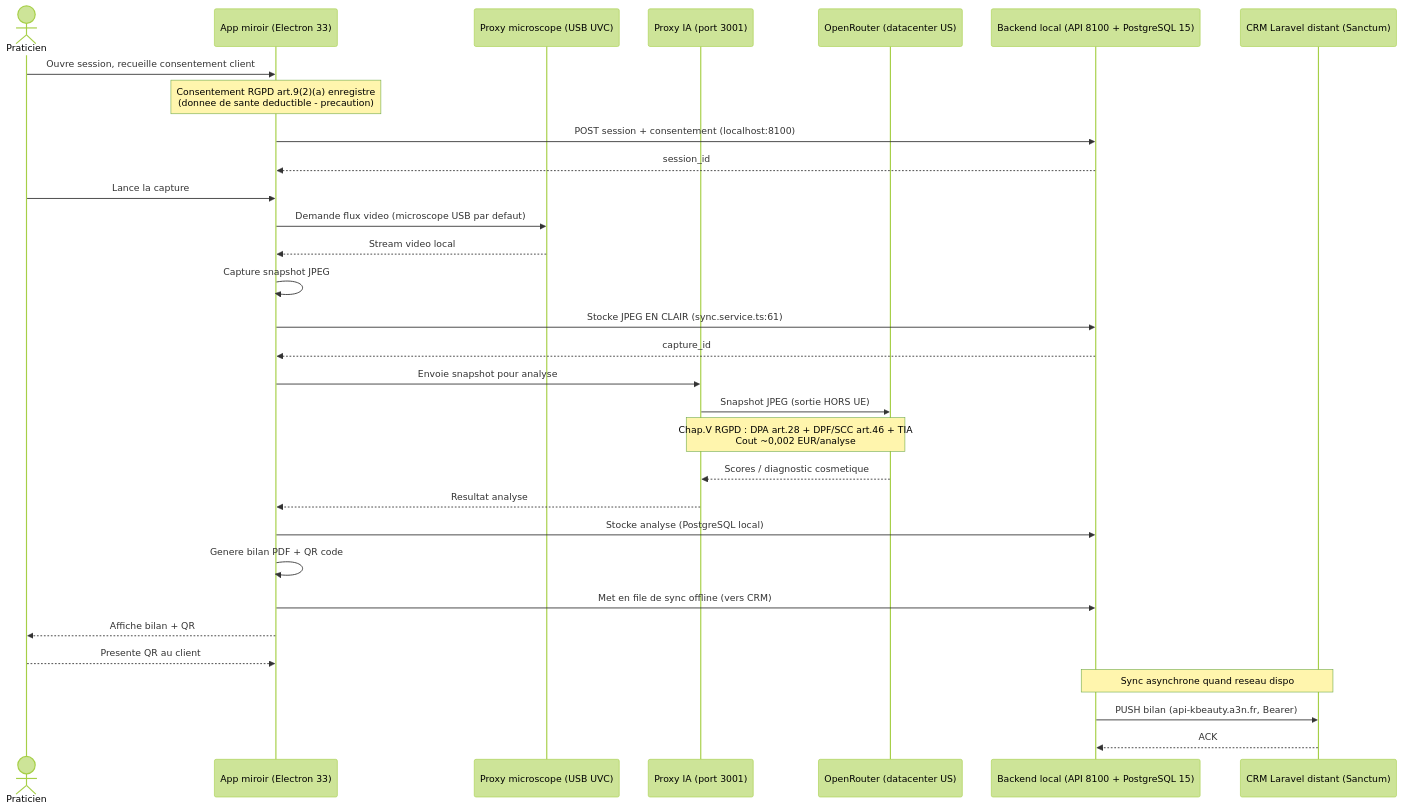
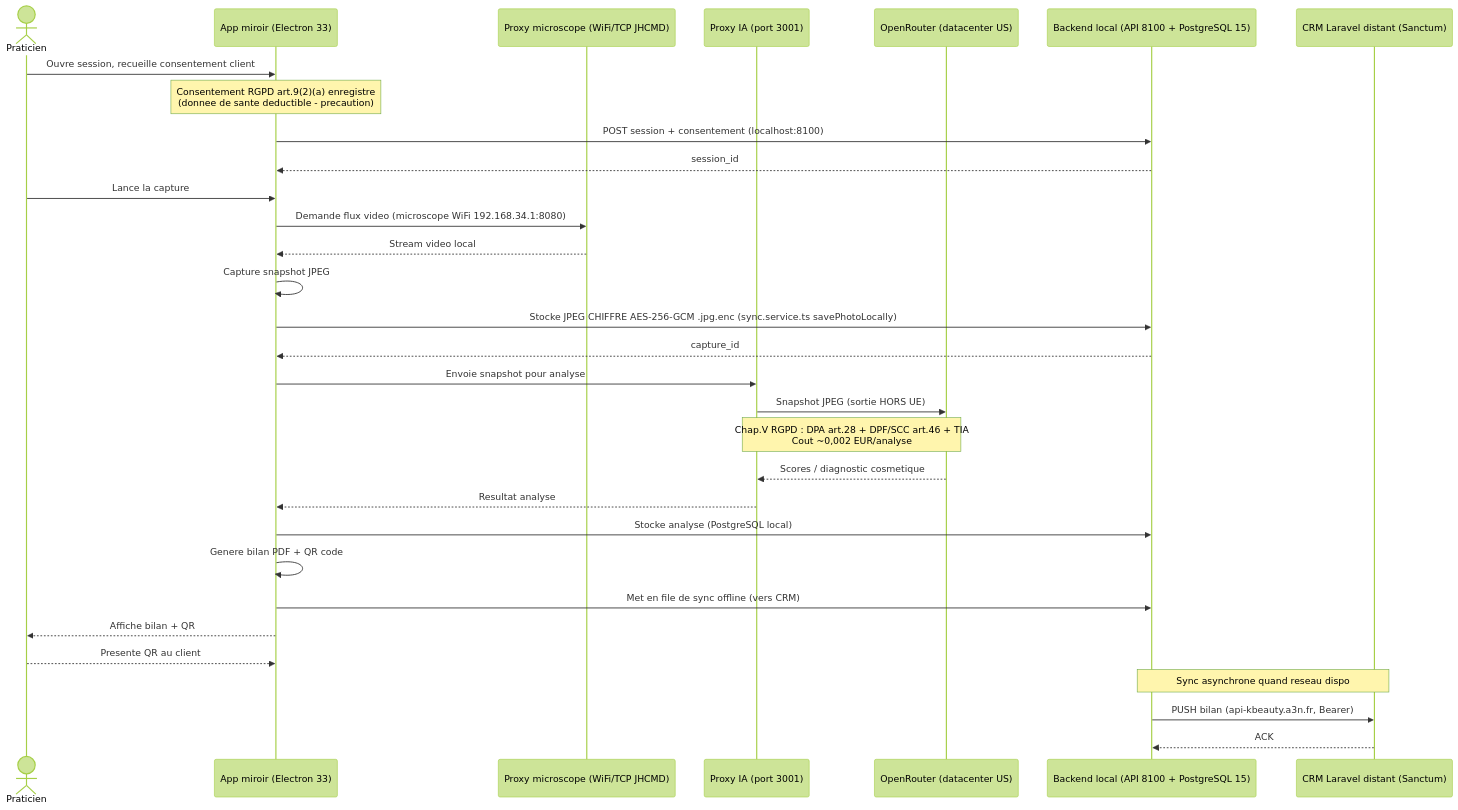
Before and after one commit to Wazadriano/projet-miroirIoT: the second of 3 diagrams in docs/livrables/05-uml-diagrammes.md, drawn with Mermaid (forest theme). The commit also changed other lines of this file and 20 other files, not shown here.

First line of the commit message:
docs: align documentation with real stack (MVP vs roadmap) and encryption

````diff
--- a/docs/livrables/05-uml-diagrammes.md
+++ b/docs/livrables/05-uml-diagrammes.md
@@ -68,38 +68,38 @@
 ```mermaid
 sequenceDiagram
     actor Prat as Praticien
     participant App as App miroir (Electron 33)
-    participant ProxM as Proxy microscope (USB UVC)
+    participant ProxM as Proxy microscope (WiFi/TCP JHCMD)
     participant ProxIA as Proxy IA (port 3001)
     participant OR as OpenRouter (datacenter US)
     participant Back as Backend local (API 8100 + PostgreSQL 15)
     participant CRM as CRM Laravel distant (Sanctum)
 
     Prat->>App: Ouvre session, recueille consentement client
     Note over App: Consentement RGPD art.9(2)(a) enregistre<br/>(donnee de sante deductible - precaution)
     App->>Back: POST session + consentement (localhost:8100)
     Back-->>App: session_id
 
     Prat->>App: Lance la capture
-    App->>ProxM: Demande flux video (microscope USB par defaut)
+    App->>ProxM: Demande flux video (microscope WiFi 192.168.34.1:8080)
     ProxM-->>App: Stream video local
     App->>App: Capture snapshot JPEG
-    App->>Back: Stocke JPEG EN CLAIR (sync.service.ts:61)
+    App->>Back: Stocke JPEG CHIFFRE AES-256-GCM .jpg.enc (sync.service.ts savePhotoLocally)
     Back-->>App: capture_id
 
     App->>ProxIA: Envoie snapshot pour analyse
     ProxIA->>OR: Snapshot JPEG (sortie HORS UE)
     Note over ProxIA,OR: Chap.V RGPD : DPA art.28 + DPF/SCC art.46 + TIA<br/>Cout ~0,002 EUR/analyse
     OR-->>ProxIA: Scores / diagnostic cosmetique
     ProxIA-->>App: Resultat analyse
     App->>Back: Stocke analyse (PostgreSQL local)
 
     App->>App: Genere bilan PDF + QR code
     App->>Back: Met en file de sync offline (vers CRM)
     App-->>Prat: Affiche bilan + QR
     Prat-->>App: Presente QR au client
 
     Note over Back,CRM: Sync asynchrone quand reseau dispo
     Back->>CRM: PUSH bilan (api-kbeauty.a3n.fr, Bearer)
     CRM-->>Back: ACK
 ```
````
